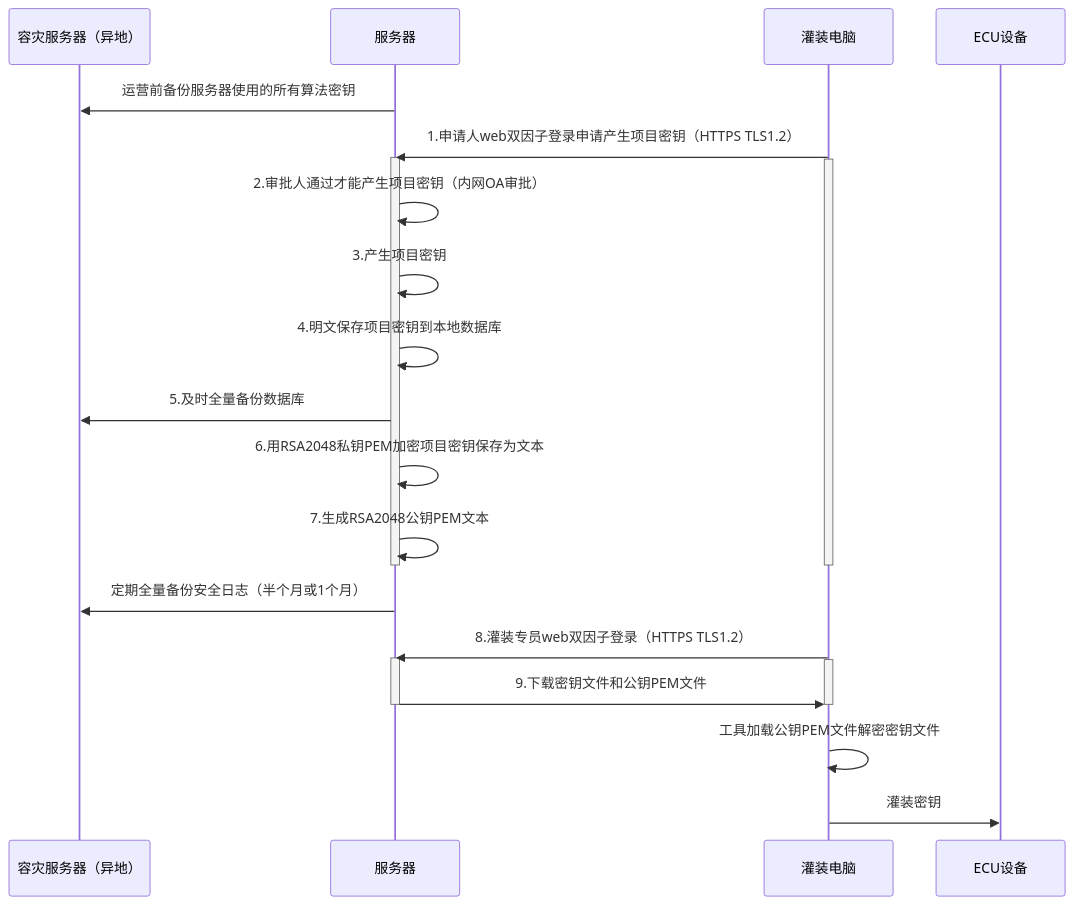
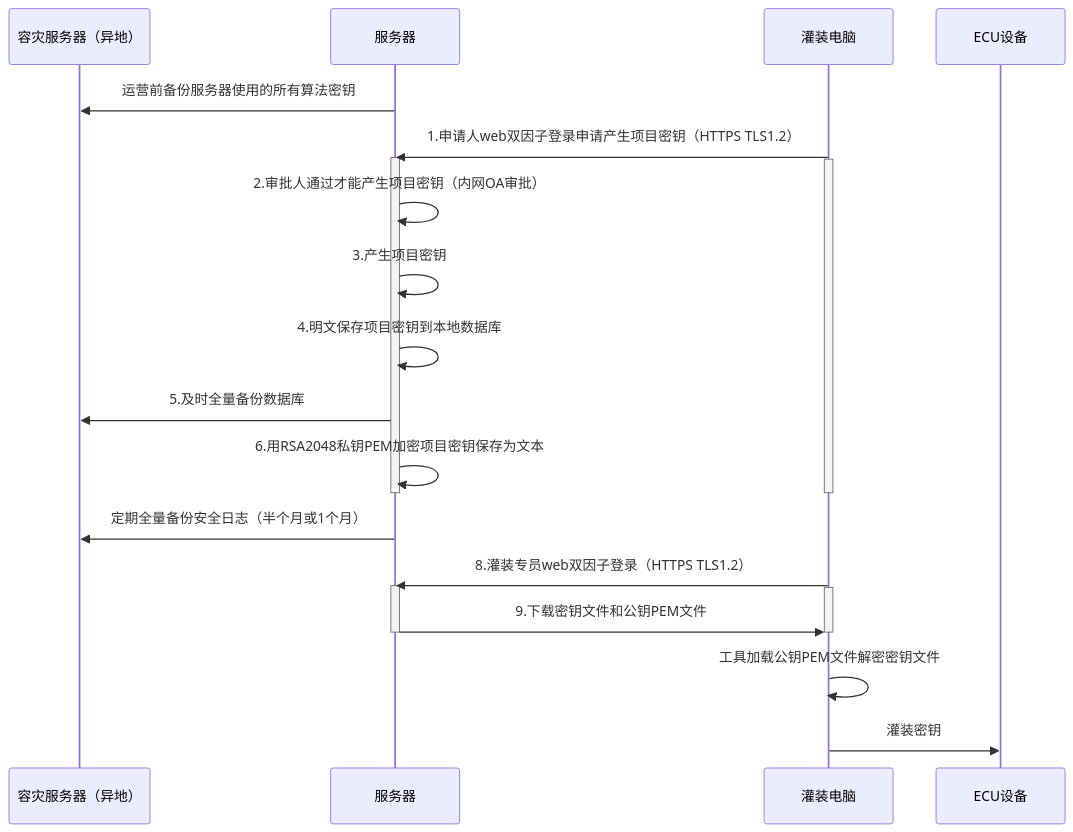
Before and after one commit to facebook-cloud/iodraw-files: the diagram in all/未命名-17.md, drawn with Mermaid.

Commit message:
2026-03-05 20:47:22 update

````diff
--- a/all/未命名-17.md
+++ b/all/未命名-17.md
@@ -1,33 +1,32 @@
 ```mermaid
 sequenceDiagram
     participant A as 容灾服务器（异地）
     participant B as 服务器
     participant D as 灌装电脑
     participant E as ECU设备
 
     B->>A: 运营前备份服务器使用的所有算法密钥
     D->>B: 1.申请人web双因子登录申请产生项目密钥（HTTPS TLS1.2）
     activate B
     activate D
     B->>B: 2.审批人通过才能产生项目密钥（内网OA审批）
     B->>B: 3.产生项目密钥
     B->>B: 4.明文保存项目密钥到本地数据库
     B->>A: 5.及时全量备份数据库
     B->>B: 6.用RSA2048私钥PEM加密项目密钥保存为文本
-    B->>B: 7.生成RSA2048公钥PEM文本
     deactivate B
     deactivate D
 
     B->>A: 定期全量备份安全日志（半个月或1个月）
     
     D->>B: 8.灌装专员web双因子登录（HTTPS TLS1.2）
     activate B
     activate D
     B->>D: 9.下载密钥文件和公钥PEM文件
     deactivate B
     deactivate D
 
     D->>D:工具加载公钥PEM文件解密密钥文件
     
     D->>E: 灌装密钥
 ```
````
